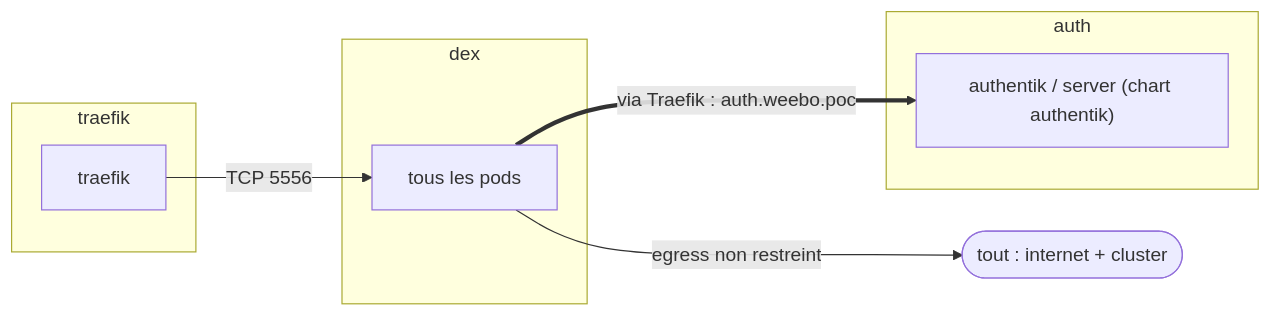
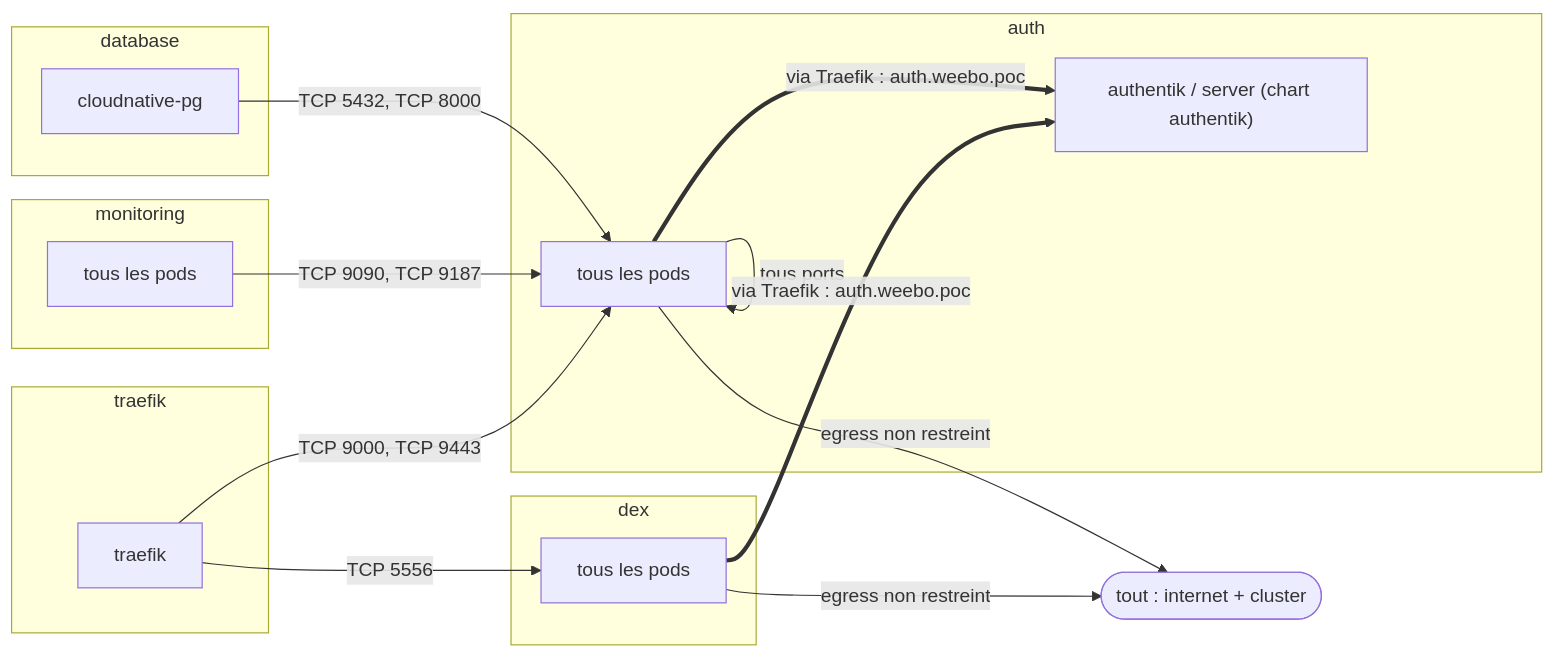
Before and after one commit to batleforc/weebo-si: the first of 2 diagrams in 0.docs/content/docs/security/network-flows/auth.mdx, drawn with Mermaid. The commit also changed other lines of this file and 10 other files, not shown here.

First line of the commit message:
feat(cilium): default deny wave 3, ingress for database, monitoring, auth, cert-manager, external-secrets and vault-operator

````diff
--- a/0.docs/content/docs/security/network-flows/auth.mdx
+++ b/0.docs/content/docs/security/network-flows/auth.mdx
@@ -22,16 +22,29 @@
 ```mermaid
 flowchart LR
   n_entity_open_f65d5d(["tout : internet + cluster"])
   subgraph ns_auth["auth"]
     n_ns_auth_3aba95["authentik / server (chart authentik)"]
+    n_ns_auth_895bb8["tous les pods"]
+  end
+  subgraph ns_database["database"]
+    n_ns_database_7191e8["cloudnative-pg"]
   end
   subgraph ns_dex["dex"]
     n_ns_dex_d4c810["tous les pods"]
   end
+  subgraph ns_monitoring["monitoring"]
+    n_ns_monitoring_1d4c40["tous les pods"]
+  end
   subgraph ns_traefik["traefik"]
     n_ns_traefik_d50a8d["traefik"]
   end
+  n_ns_auth_895bb8 -->|"egress non restreint"| n_entity_open_f65d5d
+  n_ns_auth_895bb8 ==>|"via Traefik : auth.weebo.poc"| n_ns_auth_3aba95
+  n_ns_auth_895bb8 -->|"tous ports"| n_ns_auth_895bb8
+  n_ns_database_7191e8 -->|"TCP 5432, TCP 8000"| n_ns_auth_895bb8
   n_ns_dex_d4c810 -->|"egress non restreint"| n_entity_open_f65d5d
   n_ns_dex_d4c810 ==>|"via Traefik : auth.weebo.poc"| n_ns_auth_3aba95
+  n_ns_monitoring_1d4c40 -->|"TCP 9090, TCP 9187"| n_ns_auth_895bb8
+  n_ns_traefik_d50a8d -->|"TCP 9000, TCP 9443"| n_ns_auth_895bb8
   n_ns_traefik_d50a8d -->|"TCP 5556"| n_ns_dex_d4c810
 ```
````
